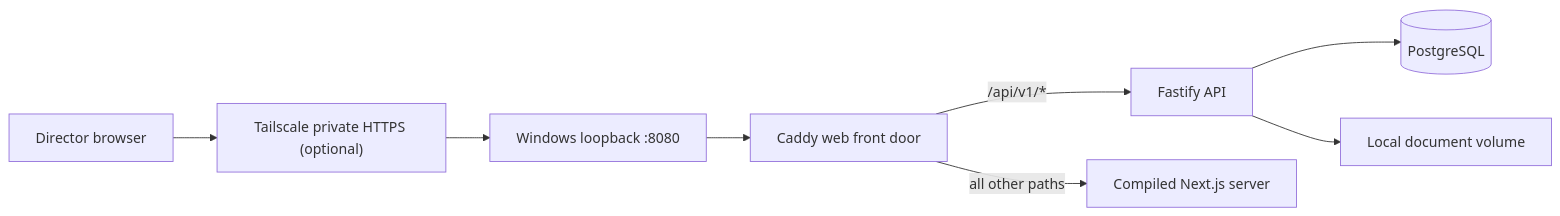
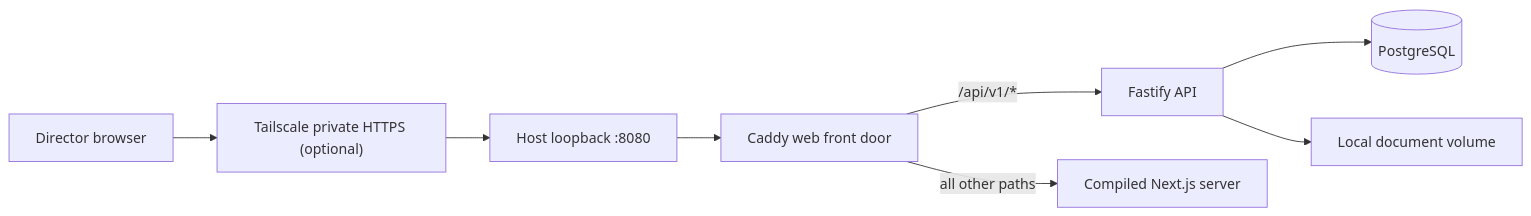
The first of 2 diagrams in docs/ARCHITECTURE.md (jasperfordesq-ai/charity-governance), drawn with Mermaid before and after one commit. The commit also changed other lines of this file and 24 other files, not shown here.

````diff
--- a/docs/ARCHITECTURE.md
+++ b/docs/ARCHITECTURE.md
@@ -36,10 +36,10 @@
 ```mermaid
 flowchart LR
     Browser["Director browser"] --> Tail["Tailscale private HTTPS (optional)"]
-    Tail --> Loopback["Windows loopback :8080"]
+    Tail --> Loopback["Host loopback :8080"]
     Loopback --> Caddy["Caddy web front door"]
     Caddy -->|"/api/v1/*"| Fastify["Fastify API"]
     Caddy -->|"all other paths"| Next["Compiled Next.js server"]
     Fastify --> Postgres[("PostgreSQL")]
     Fastify --> Documents["Local document volume"]
 ```
````
